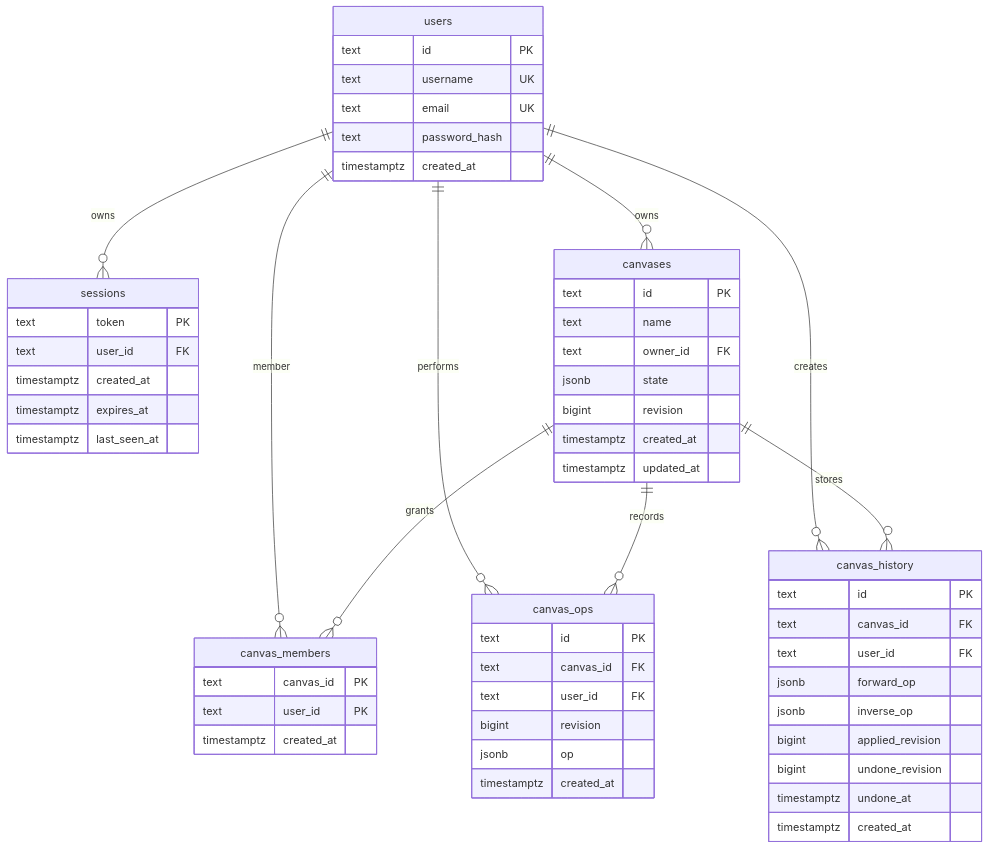
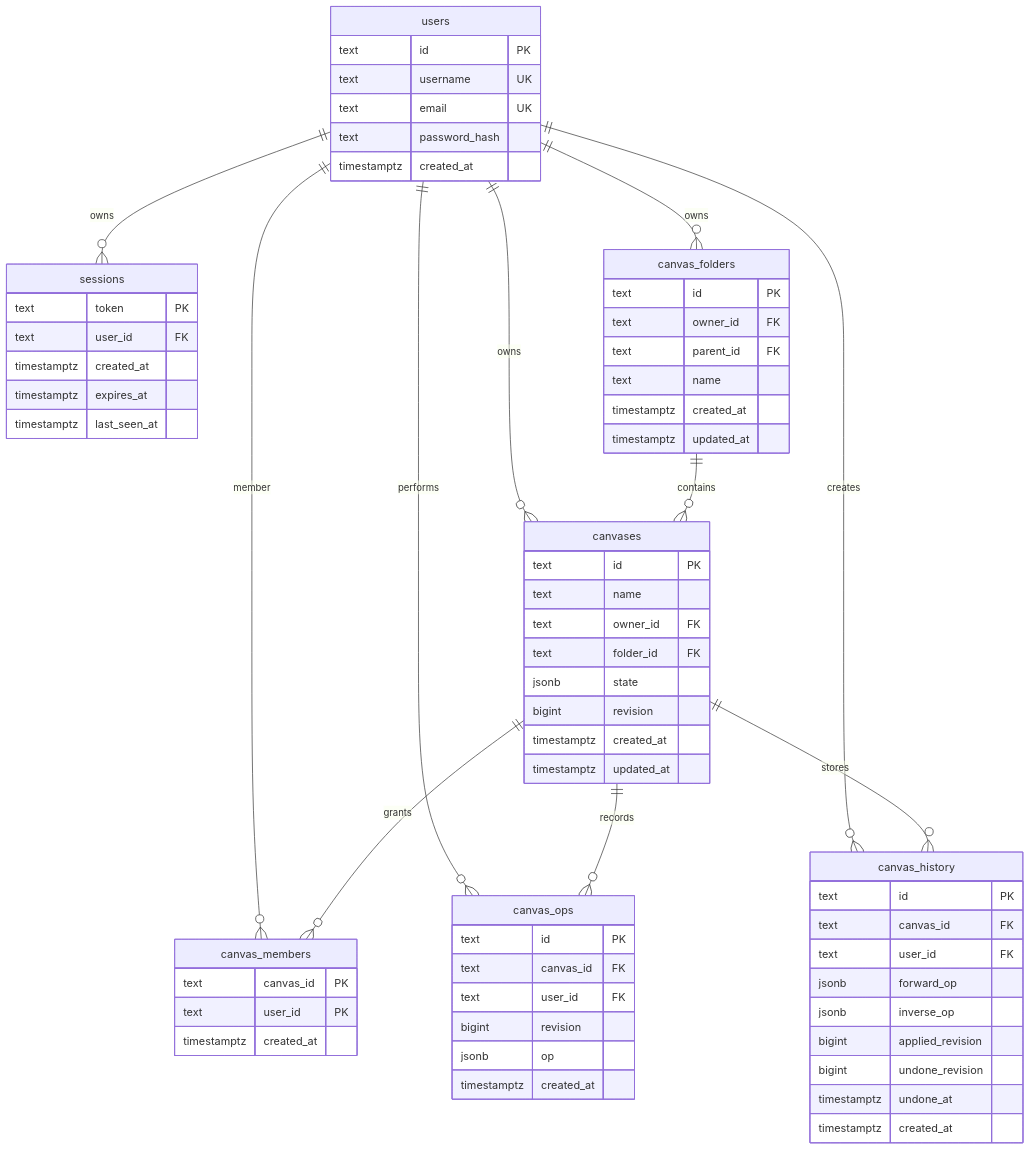
Before and after one commit to JBoss925/LiveBoard: the diagram in docs/database.md, drawn with Mermaid. The commit also changed other lines of this file and 14 other files, not shown here.

````diff
--- a/docs/database.md
+++ b/docs/database.md
@@ -7,64 +7,76 @@
 ```mermaid
 erDiagram
   users ||--o{ sessions : owns
   users ||--o{ canvases : owns
+  users ||--o{ canvas_folders : owns
+  canvas_folders ||--o{ canvases : contains
   users ||--o{ canvas_members : member
   canvases ||--o{ canvas_members : grants
   users ||--o{ canvas_ops : performs
   canvases ||--o{ canvas_ops : records
   users ||--o{ canvas_history : creates
   canvases ||--o{ canvas_history : stores
 
   users {
     text id PK
     text username UK
     text email UK
     text password_hash
     timestamptz created_at
   }
 
   sessions {
     text token PK
     text user_id FK
     timestamptz created_at
     timestamptz expires_at
     timestamptz last_seen_at
   }
 
   canvases {
     text id PK
     text name
     text owner_id FK
+    text folder_id FK
     jsonb state
     bigint revision
+    timestamptz created_at
+    timestamptz updated_at
+  }
+
+  canvas_folders {
+    text id PK
+    text owner_id FK
+    text parent_id FK
+    text name
     timestamptz created_at
     timestamptz updated_at
   }
 
   canvas_members {
     text canvas_id PK
     text user_id PK
     timestamptz created_at
   }
 
   canvas_ops {
     text id PK
     text canvas_id FK
     text user_id FK
     bigint revision
     jsonb op
     timestamptz created_at
   }
 
   canvas_history {
     text id PK
     text canvas_id FK
     text user_id FK
     jsonb forward_op
     jsonb inverse_op
     bigint applied_revision
     bigint undone_revision
     timestamptz undone_at
     timestamptz created_at
   }
 ```
````
